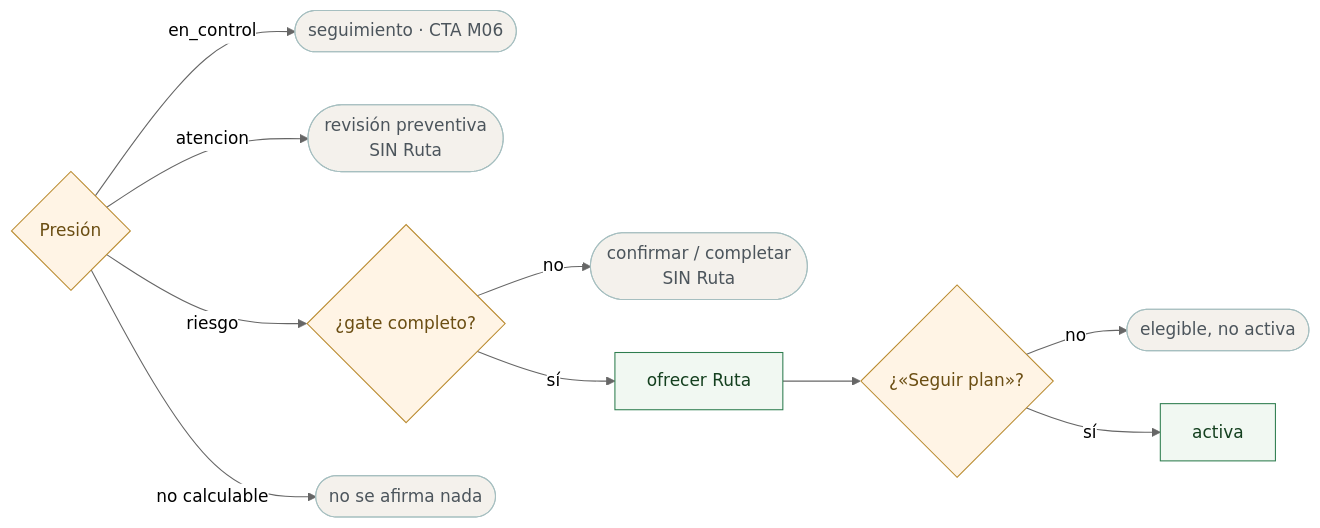
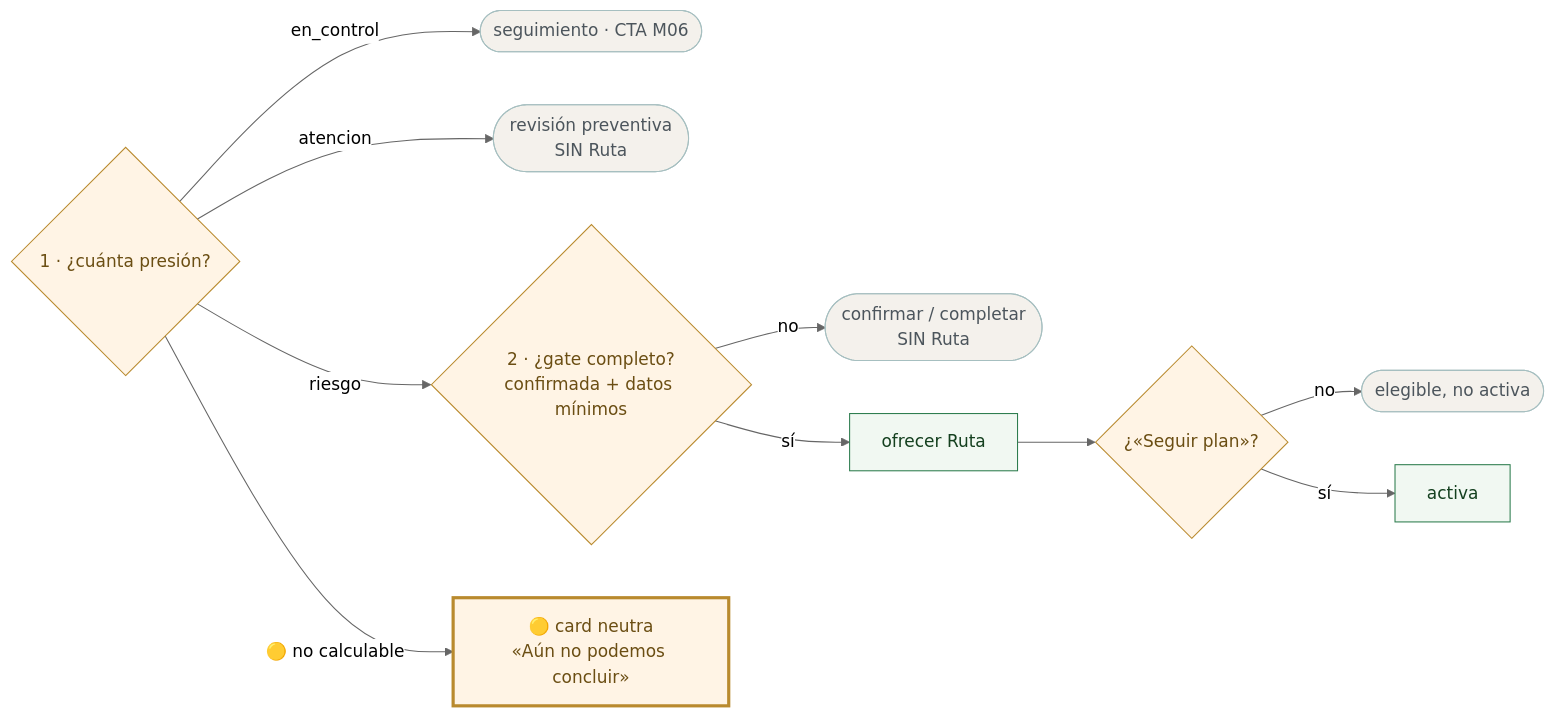
The sixth of 6 diagrams in context/modulo04-motor-deudas/motor-m04-en-detalle.md (miguelherize-creator/walvy-workspace), drawn with Mermaid (neutral theme) before and after one commit. The commit also changed other lines of this file and 4 other files, not shown here.

````diff
--- a/context/modulo04-motor-deudas/motor-m04-en-detalle.md
+++ b/context/modulo04-motor-deudas/motor-m04-en-detalle.md
@@ -267,18 +244,18 @@
 ```mermaid
 flowchart LR
-    PR{"Presión"} -->|en_control| A1(["seguimiento · CTA M06"])
+    PR{"1 · ¿cuánta presión?"} -->|en_control| A1(["seguimiento · CTA M06"])
     PR -->|atencion| A2(["revisión preventiva<br/>SIN Ruta"])
-    PR -->|riesgo| G{"¿gate completo?"}
-    PR -->|"no calculable"| A0(["no se afirma nada"])
+    PR -->|riesgo| G{"2 · ¿gate completo?<br/>confirmada + datos mínimos"}
+    PR -->|"🟡 no calculable"| A0["🟡 card neutra<br/>«Aún no podemos concluir»"]:::prov
     G -->|no| A3(["confirmar / completar<br/>SIN Ruta"])
-    G -->|sí| A4["ofrecer Ruta"] --> EV{"¿«Seguir plan»?"}
+    G -->|sí| A4["ofrecer Ruta"]:::ok --> EV{"¿«Seguir plan»?"}
     EV -->|no| A5(["elegible, no activa"])
-    EV -->|sí| A6["activa"]
+    EV -->|sí| A6["activa"]:::ok
 
     classDef dec fill:#FFF4E5,stroke:#B98A2E,color:#6B4E13
+    classDef ok fill:#F1F8F2,stroke:#2E7D4F,color:#14401F
+    classDef prov fill:#FFF4E5,stroke:#B98A2E,color:#6B4E13,stroke-width:3px
     class PR,G,EV dec
-    class A4,A6 ok
-    classDef ok fill:#F1F8F2,stroke:#2E7D4F,color:#14401F
-    class A0,A1,A2,A3,A5 salto
+    class A1,A2,A3,A5 salto
     classDef salto fill:#F4F1EC,stroke:#A6BFC0,color:#4C555C
 ```
````
